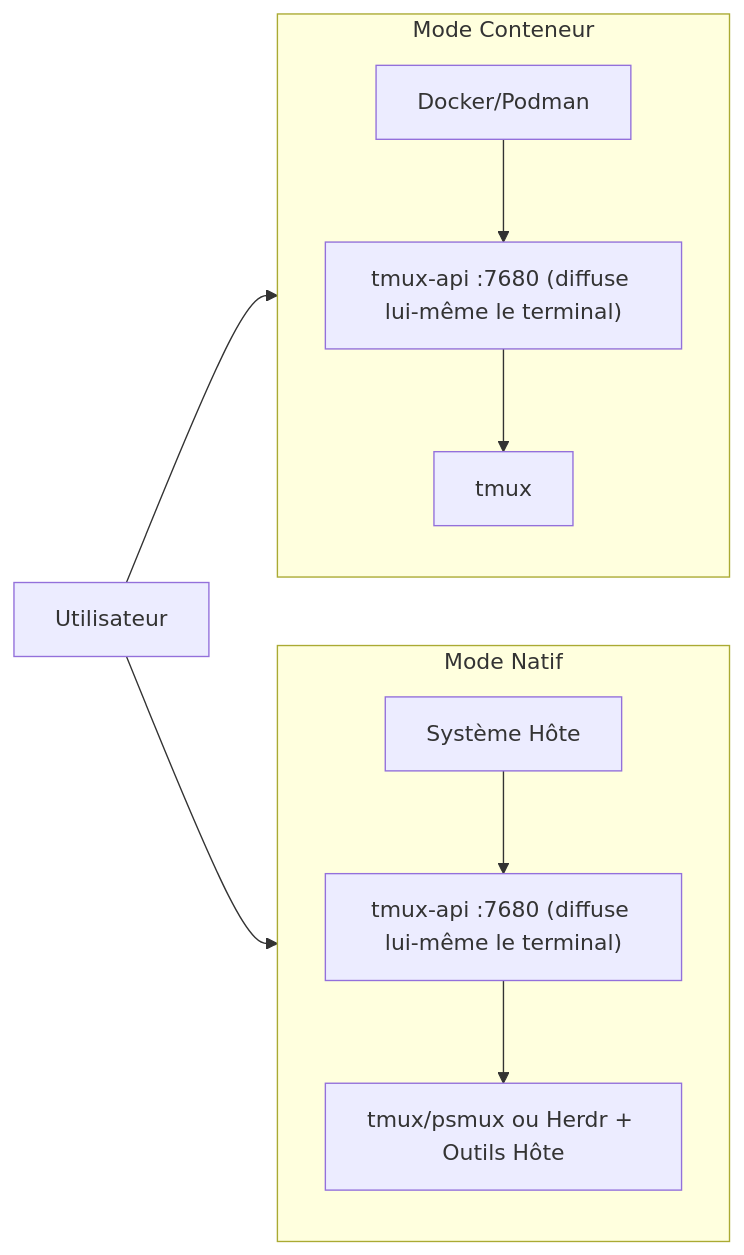
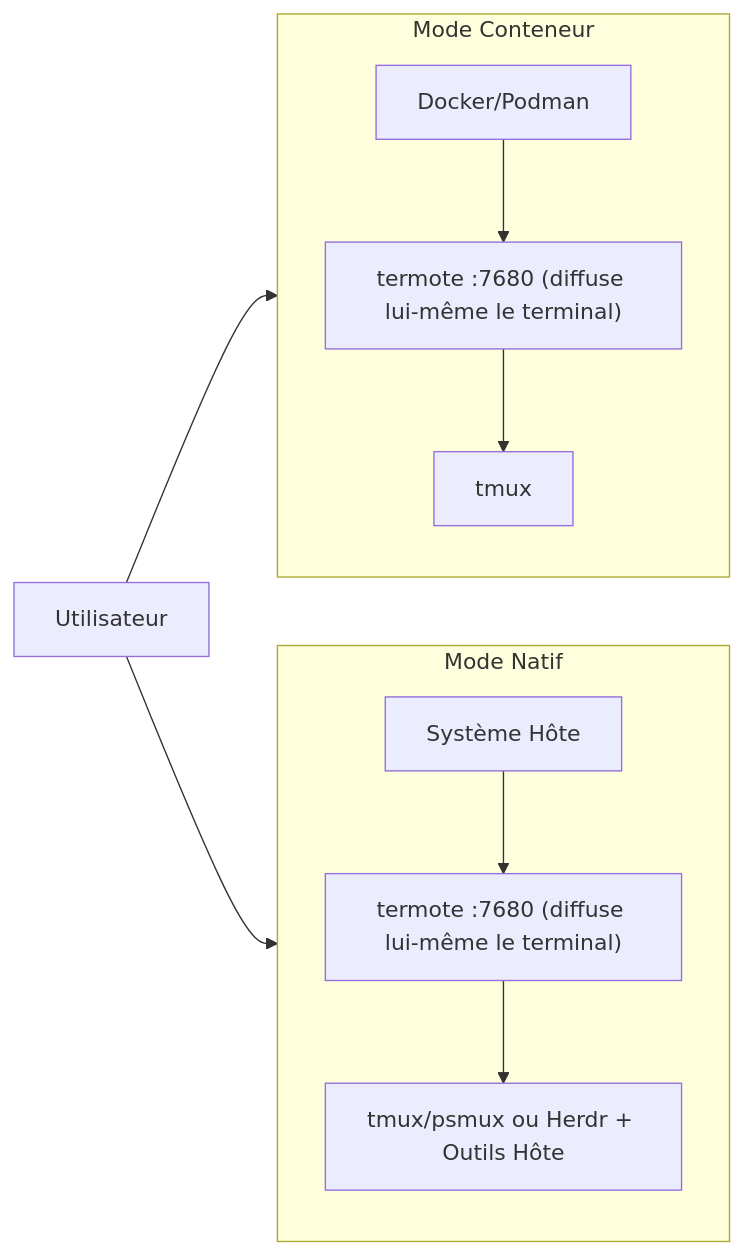
One commit to lamngockhuong/termote changed the second of 2 diagrams in README.fr.md. Above: the diagram before and after it, drawn with Mermaid. The commit also changed other lines of this file and 107 other files, not shown here.

First line of the commit message:
refactor!: rename tmux-api to server and its binary to termote (#215)

````diff
--- a/README.fr.md
+++ b/README.fr.md
@@ -224,14 +224,14 @@
 ```mermaid
 flowchart LR
     subgraph Container["Mode Conteneur"]
         direction TB
-        C1["Docker/Podman"] --> C2["tmux-api :7680 (diffuse lui-même le terminal)"] --> C3["tmux"]
+        C1["Docker/Podman"] --> C2["termote :7680 (diffuse lui-même le terminal)"] --> C3["tmux"]
     end
 
     subgraph Native["Mode Natif"]
         direction TB
-        N1["Système Hôte"] --> N2["tmux-api :7680 (diffuse lui-même le terminal)"] --> N3["tmux/psmux ou Herdr + Outils Hôte"]
+        N1["Système Hôte"] --> N2["termote :7680 (diffuse lui-même le terminal)"] --> N3["tmux/psmux ou Herdr + Outils Hôte"]
     end
 
     User["Utilisateur"] --> Container & Native
 ```
````
